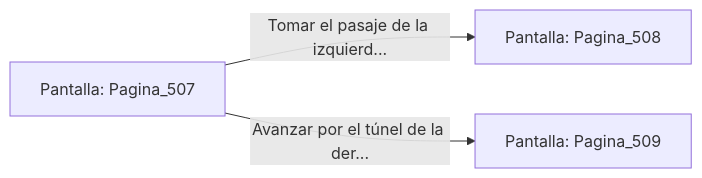
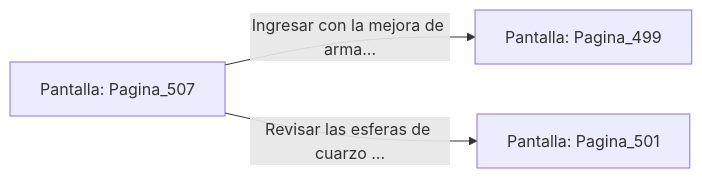
The diagram in sample/eligejuego-vault/Pantalla_Pagina_507.md (metsuke/mpl), drawn with Mermaid before and after one commit. The commit also changed other lines of this file and 635 other files, not shown here.

First line of the commit message:
fix: añadir Pagina_1 como pantalla inicial en capitulo_01.mpl

````diff
--- a/sample/eligejuego-vault/Pantalla_Pagina_507.md
+++ b/sample/eligejuego-vault/Pantalla_Pagina_507.md
@@ -20,6 +24,6 @@
 ```mermaid
 graph LR
     P_Pagina_507["Pantalla: Pagina_507"]
-    P_Pagina_507 -->|"Tomar el pasaje de la izquierd..."| P_Pagina_508["Pantalla: Pagina_508"]
-    P_Pagina_507 -->|"Avanzar por el túnel de la der..."| P_Pagina_509["Pantalla: Pagina_509"]
+    P_Pagina_507 -->|"Ingresar con la mejora de arma..."| P_Pagina_499["Pantalla: Pagina_499"]
+    P_Pagina_507 -->|"Revisar las esferas de cuarzo ..."| P_Pagina_501["Pantalla: Pagina_501"]
 ```
````
